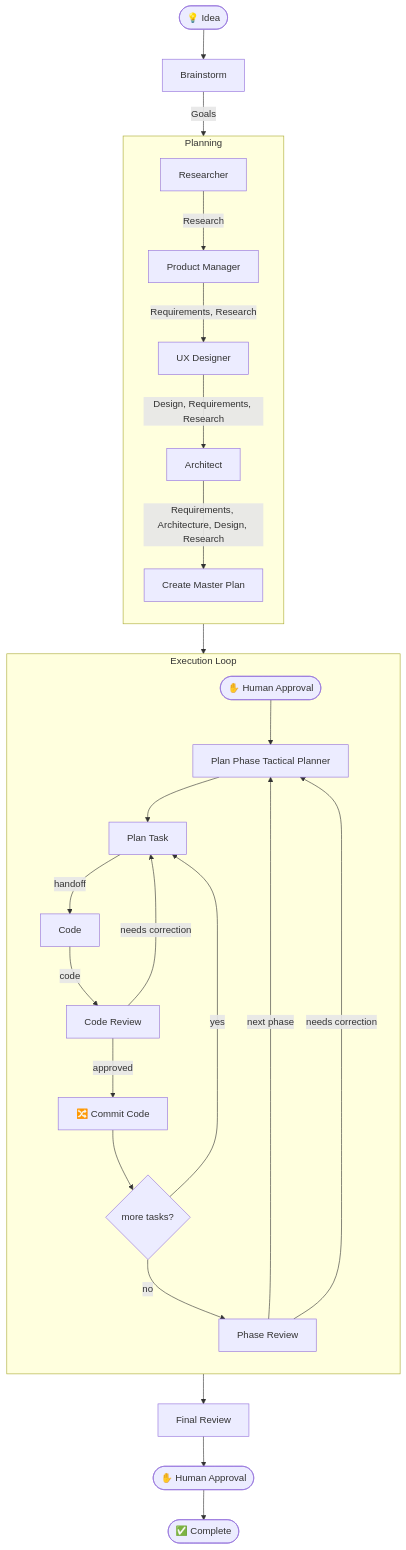
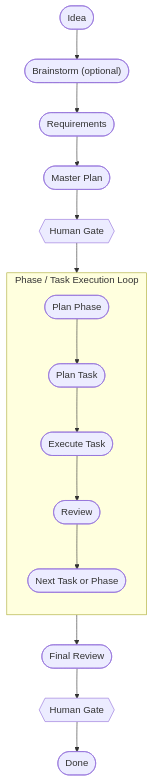
The diagram in README.md (MetalHexx/RadOrchestration), drawn with Mermaid before and after one commit. The commit also changed other lines of this file, not shown here.

````diff
--- a/README.md
+++ b/README.md
@@ -11,34 +13,20 @@
 ```mermaid
 flowchart TD
-    START([💡 Idea]) --> BRAINSTORM[Brainstorm]
-    BRAINSTORM --> |Goals| RESEARCH
+    IDEA(["Idea"]) --> BRAIN(["Brainstorm (optional)"])
+    BRAIN --> REQ(["Requirements"])
+    REQ --> PLAN(["Master Plan"])
+    PLAN --> GATE1{{"Human Gate"}}
 
-    subgraph PLANNING [Planning]
+    subgraph LOOP ["Phase / Task Execution Loop"]
         direction TB
-        RESEARCH[Researcher] --> |Research| PRD[Product Manager]
-        PRD --> |Requirements, Research| DESIGN[UX Designer]
-        DESIGN --> |Design, Requirements, Research| ARCH[Architect]
-        ARCH --> |Requirements, Architecture, Design, Research| MASTERPLAN[Create Master Plan]
+        PHASE(["Plan Phase"]) --> TASK(["Plan Task"])
+        TASK --> EXEC(["Execute Task"])
+        EXEC --> REVIEW(["Review"])
+        REVIEW --> NEXT(["Next Task or Phase"])
     end
 
-    MASTERPLAN --> GATE1(["✋ Human Approval"])
-
-    subgraph EXECUTION [Execution Loop]
-        direction TB
-        GATE1 --> PHASE[Plan Phase Tactical Planner]
-        PHASE --> HANDOFF[Plan Task]
-        HANDOFF --> |handoff| CODE[Code]
-        CODE --> |code|REVIEW[Code Review]
-        REVIEW -->|needs correction | HANDOFF
-        REVIEW -->|approved| COMMIT[🔀 Commit Code]
-        COMMIT --> MORETASKS{more tasks?}
-        MORETASKS -->|yes| HANDOFF
-        MORETASKS -->|no| PHASEREVIEW[Phase Review]
-        PHASEREVIEW -->|next phase| PHASE
-        PHASEREVIEW -->|needs correction| PHASE
-    end
-
-    PHASEREVIEW --> FINAL[Final Review]
-    FINAL --> GATE2(["✋ Human Approval"])
-    GATE2 --> DONE([✅ Complete])
+    GATE1 --> LOOP
+    LOOP --> FINAL(["Final Review"])
+    FINAL --> GATE2{{"Human Gate"}}
+    GATE2 --> DONE(["Done"])
 ```
````
